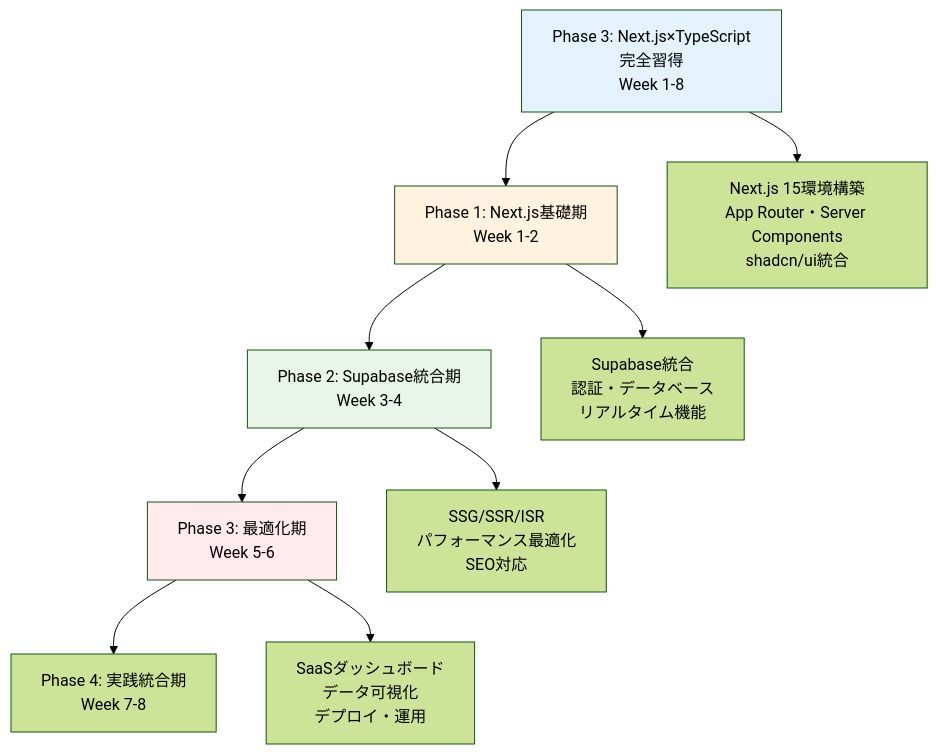
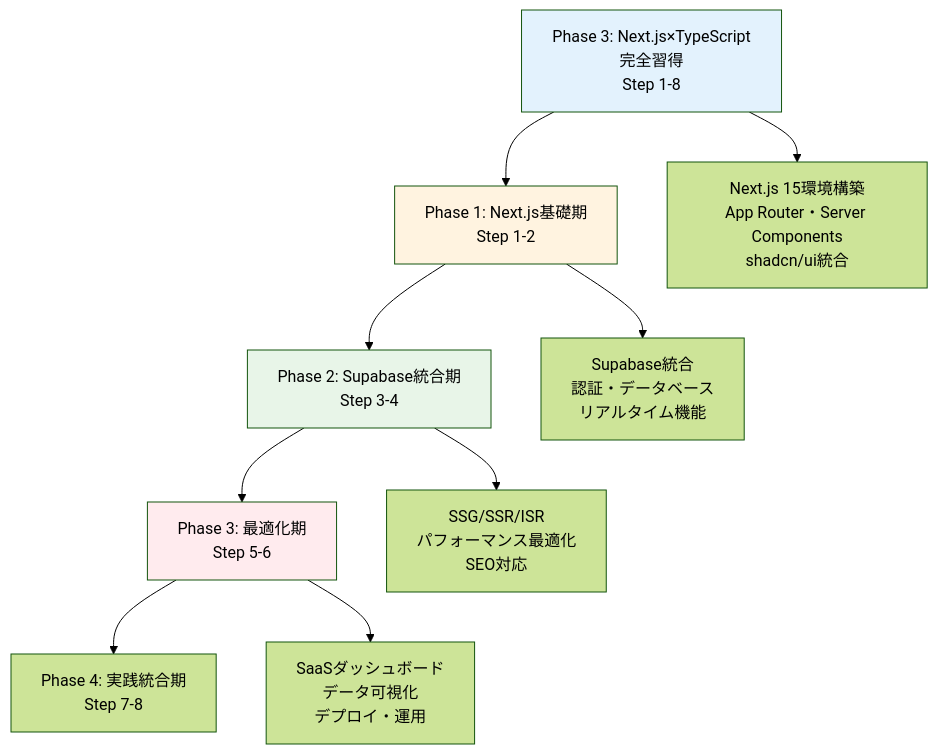
The diagram in 学習プラン/Phase3_TypeScript×Next.js完全習得/TypeScript×Next.js完全学習プラン.md (shiftplus-corp-homan-keisuke/frontend), drawn with Mermaid (forest theme) before and after one commit. The commit also changed other lines of this file and 129 other files, not shown here.

````diff
--- a/学習プラン/Phase3_TypeScript×Next.js完全習得/TypeScript×Next.js完全学習プラン.md
+++ b/学習プラン/Phase3_TypeScript×Next.js完全習得/TypeScript×Next.js完全学習プラン.md
@@ -23,17 +23,17 @@
 ```mermaid
 graph TD
-    A[Phase 3: Next.js×TypeScript完全習得<br/>Week 1-8] --> B[Phase 1: Next.js基礎期<br/>Week 1-2]
-    B --> C[Phase 2: Supabase統合期<br/>Week 3-4]
-    C --> D[Phase 3: 最適化期<br/>Week 5-6]
-    D --> E[Phase 4: 実践統合期<br/>Week 7-8]
+    A[Phase 3: Next.js×TypeScript完全習得<br/>Step 1-8] --> B[Phase 1: Next.js基礎期<br/>Step 1-2]
+    B --> C[Phase 2: Supabase統合期<br/>Step 3-4]
+    C --> D[Phase 3: 最適化期<br/>Step 5-6]
+    D --> E[Phase 4: 実践統合期<br/>Step 7-8]
     
     A --> A1[Next.js 15環境構築<br/>App Router・Server Components<br/>shadcn/ui統合]
     B --> B1[Supabase統合<br/>認証・データベース<br/>リアルタイム機能]
     C --> C1[SSG/SSR/ISR<br/>パフォーマンス最適化<br/>SEO対応]
     D --> D1[SaaSダッシュボード<br/>データ可視化<br/>デプロイ・運用]
     
     style A fill:#e3f2fd
     style B fill:#fff3e0
     style C fill:#e8f5e8
     style D fill:#ffebee
 ```
````
